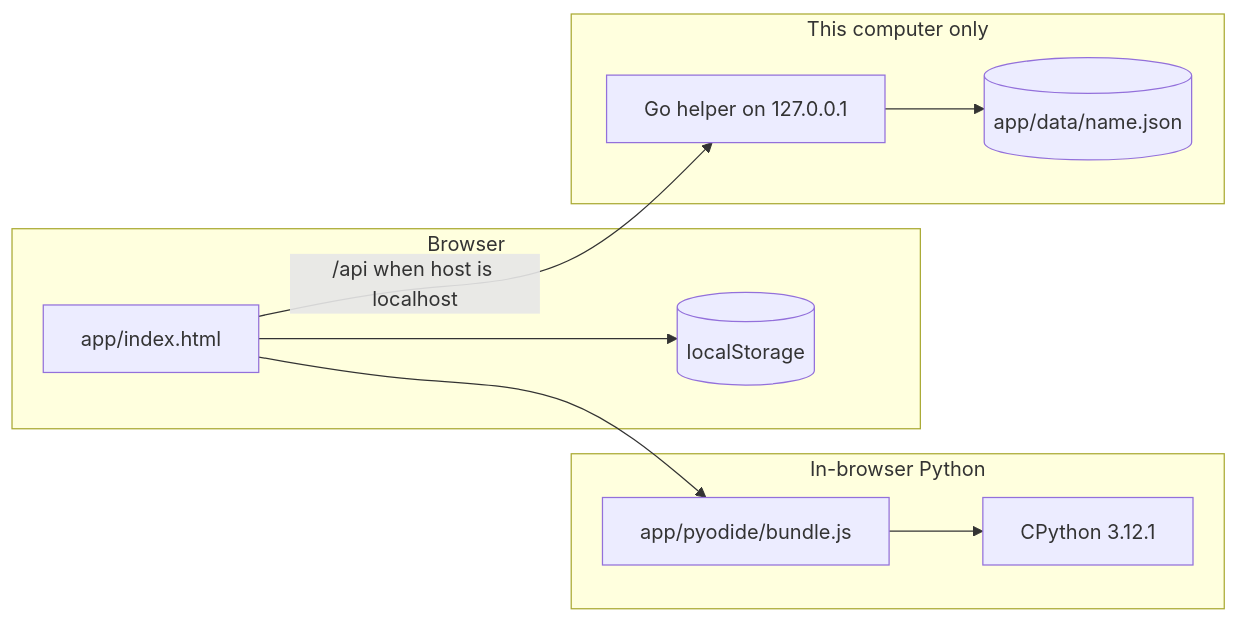
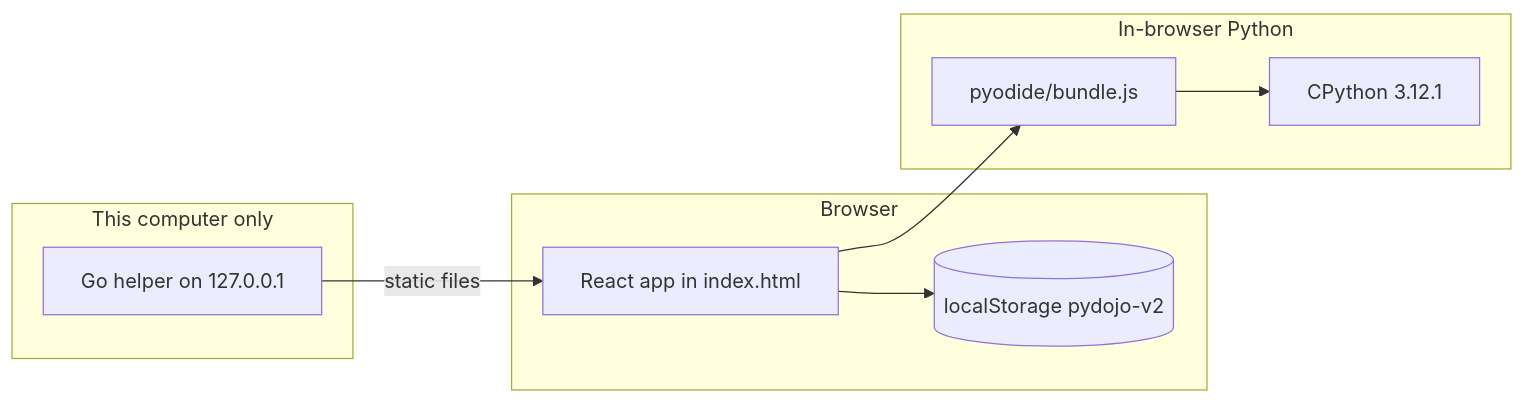
The diagram in docs/architecture.md (BronXTJ/py-dojo), drawn with Mermaid before and after one commit. The commit also changed other lines of this file and 111 other files, not shown here.

First line of the commit message:
Replace the single-file app with the React + Vite build.

````diff
--- a/docs/architecture.md
+++ b/docs/architecture.md
@@ -5,20 +5,18 @@
 ```mermaid
 flowchart LR
   subgraph client ["Browser"]
-    html["app/index.html"]
-    ls[("localStorage")]
+    ui["React app in index.html"]
+    ls[("localStorage pydojo-v2")]
   end
   subgraph wasm ["In-browser Python"]
-    bundle["app/pyodide/bundle.js"]
+    bundle["pyodide/bundle.js"]
     py["CPython 3.12.1"]
   end
   subgraph host ["This computer only"]
     go["Go helper on 127.0.0.1"]
-    json[("app/data/name.json")]
   end
-  html --> ls
-  html --> bundle
+  ui --> ls
+  ui --> bundle
   bundle --> py
-  html -->|"/api when host is localhost"| go
-  go --> json
+  go -->|"static files"| ui
 ```
````
